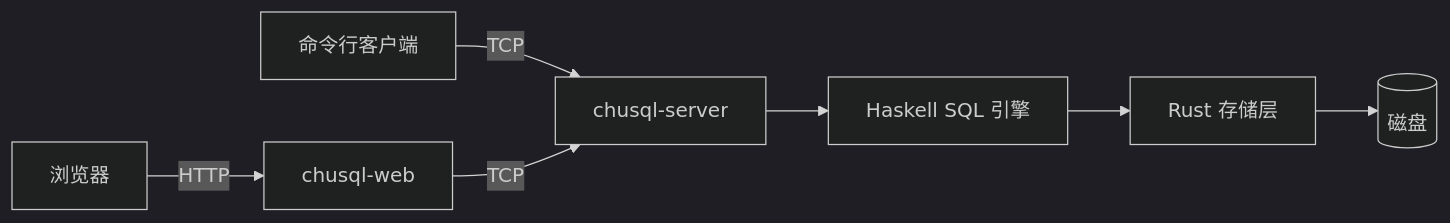
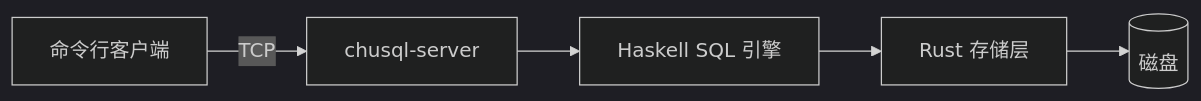
Before and after one commit to TheBadRoger/ChuSQL: the diagram in docs/architecture.md, drawn with Mermaid (dark theme). The commit also changed other lines of this file and 117 other files, not shown here.

````diff
--- a/docs/architecture.md
+++ b/docs/architecture.md
@@ -9,9 +9,7 @@
 ```mermaid
 flowchart LR
     CLI[命令行客户端] -->|TCP| Server[chusql-server]
-    Browser[浏览器] -->|HTTP| Web[chusql-web]
-    Web -->|TCP| Server
     Server --> Engine[Haskell SQL 引擎]
     Engine --> Storage[Rust 存储层]
     Storage --> Disk[(磁盘)]
 ```
````
